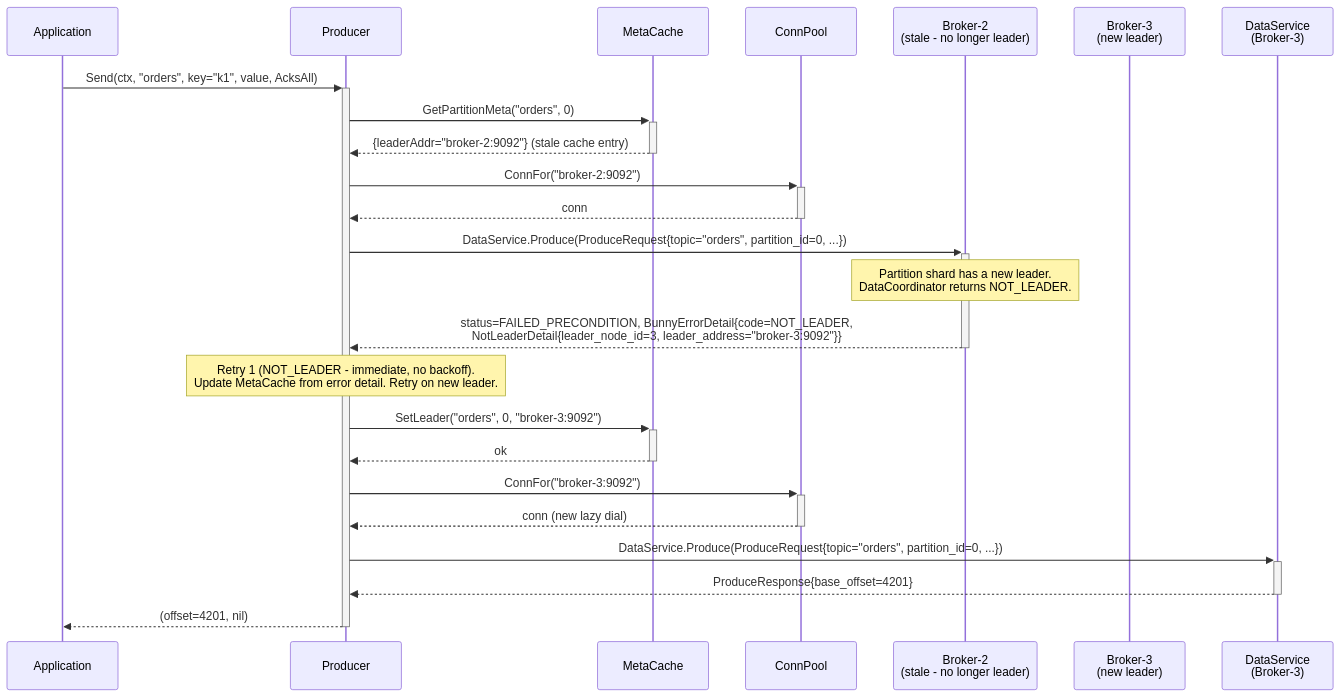
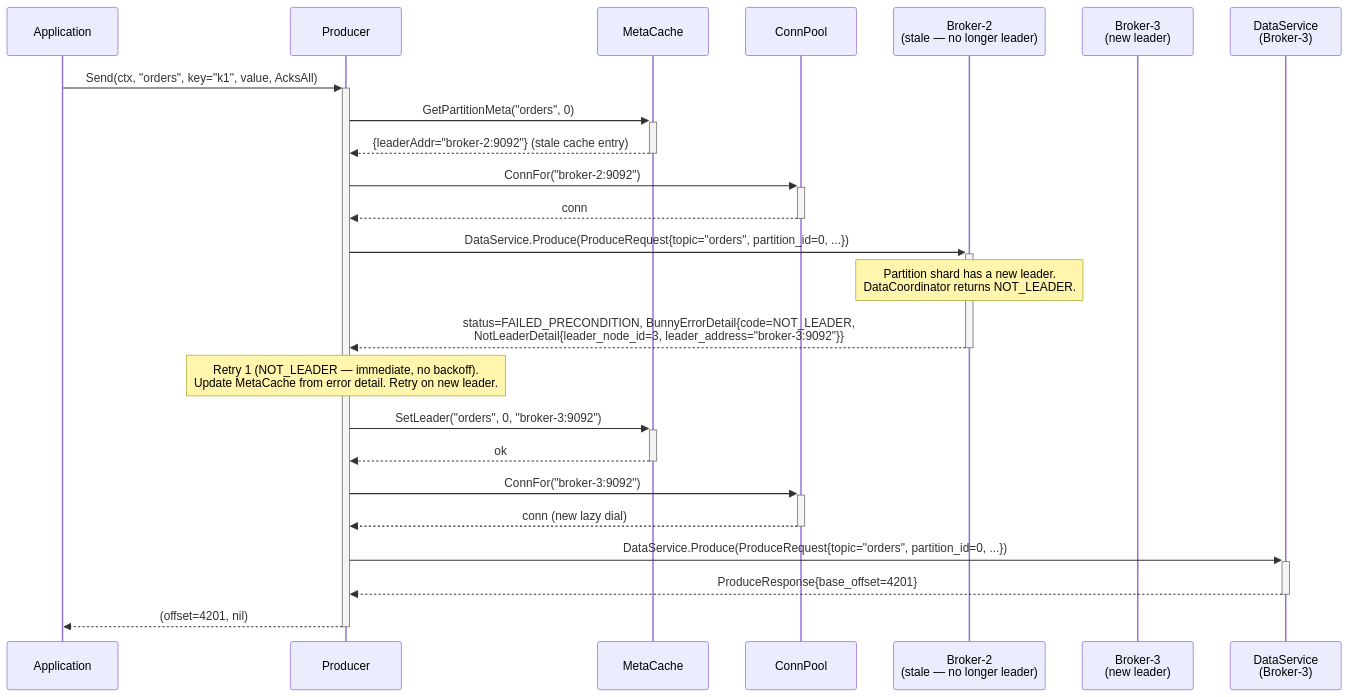
The third of 3 diagrams in docs/design/sequence/client-producer-send.md (bunnymq/bunnymq), drawn with Mermaid before and after one commit. The commit also changed other lines of this file and 86 other files, not shown here.

````diff
--- a/docs/design/sequence/client-producer-send.md
+++ b/docs/design/sequence/client-producer-send.md
@@ -84,35 +84,35 @@
 ```mermaid
 sequenceDiagram
     participant App as Application
     participant P as Producer
     participant MC as MetaCache
     participant CP as ConnPool
-    participant B2 as Broker-2<br/>(stale - no longer leader)
+    participant B2 as Broker-2<br/>(stale — no longer leader)
     participant B3 as Broker-3<br/>(new leader)
     participant DAPI3 as DataService<br/>(Broker-3)
 
     App->>+P: Send(ctx, "orders", key="k1", value, AcksAll)
 
     P->>+MC: GetPartitionMeta("orders", 0)
     MC-->>-P: {leaderAddr="broker-2:9092"} (stale cache entry)
 
     P->>+CP: ConnFor("broker-2:9092")
     CP-->>-P: conn
 
     P->>+B2: DataService.Produce(ProduceRequest{topic="orders", partition_id=0, ...})
     Note over B2: Partition shard has a new leader.<br/>DataCoordinator returns NOT_LEADER.
     B2-->>-P: status=FAILED_PRECONDITION, BunnyErrorDetail{code=NOT_LEADER,<br/>NotLeaderDetail{leader_node_id=3, leader_address="broker-3:9092"}}
 
-    Note over P: Retry 1 (NOT_LEADER - immediate, no backoff).<br/>Update MetaCache from error detail. Retry on new leader.
+    Note over P: Retry 1 (NOT_LEADER — immediate, no backoff).<br/>Update MetaCache from error detail. Retry on new leader.
 
     P->>+MC: SetLeader("orders", 0, "broker-3:9092")
     MC-->>-P: ok
 
     P->>+CP: ConnFor("broker-3:9092")
     CP-->>-P: conn (new lazy dial)
 
     P->>+DAPI3: DataService.Produce(ProduceRequest{topic="orders", partition_id=0, ...})
     DAPI3-->>-P: ProduceResponse{base_offset=4201}
 
     P-->>-App: (offset=4201, nil)
 ```
````
